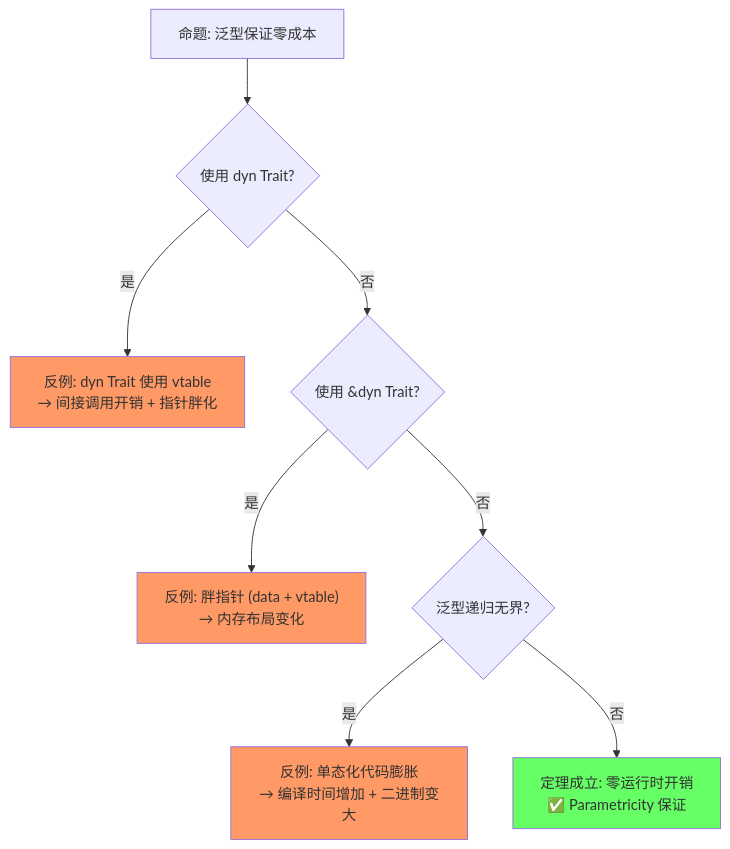
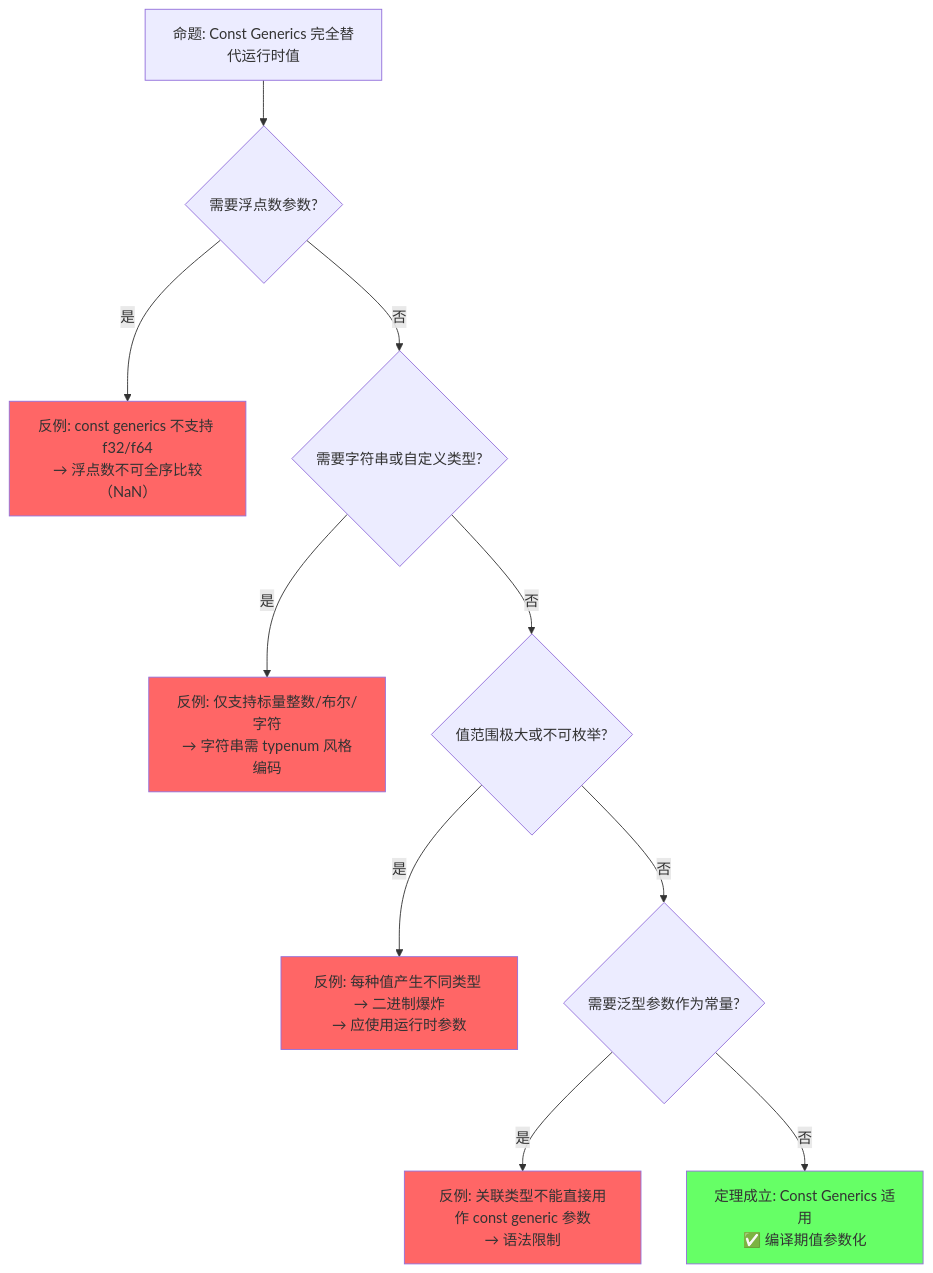
Before and after one commit to martin-ly/rust-lang: the fourth of 4 diagrams in concept/02_intermediate/02_generics.md, drawn with Mermaid. The commit also changed other lines of this file and 12 other files, not shown here.

````diff
--- a/concept/02_intermediate/02_generics.md
+++ b/concept/02_intermediate/02_generics.md
@@ -366,15 +407,18 @@
 ```mermaid
 graph TD
-    P["命题: 泛型保证零成本"] --> Q1{"使用 dyn Trait?"}
-    Q1 -->|是| F1["反例: dyn Trait 使用 vtable<br/>→ 间接调用开销 + 指针胖化"]
-    Q1 -->|否| Q2{"使用 &dyn Trait?"}
-    Q2 -->|是| F2["反例: 胖指针 (data + vtable)<br/>→ 内存布局变化"]
-    Q2 -->|否| Q3{"泛型递归无界?"}
-    Q3 -->|是| F3["反例: 单态化代码膨胀<br/>→ 编译时间增加 + 二进制变大"]
-    Q3 -->|否| T["定理成立: 零运行时开销<br/>✅ Parametricity 保证"]
+    P["命题: Const Generics 完全替代运行时值"] --> Q1{"需要浮点数参数?"}
+    Q1 -->|是| F1["反例: const generics 不支持 f32/f64<br/>→ 浮点数不可全序比较（NaN）"]
+    Q1 -->|否| Q2{"需要字符串或自定义类型?"}
+    Q2 -->|是| F2["反例: 仅支持标量整数/布尔/字符<br/>→ 字符串需 typenum 风格编码"]
+    Q2 -->|否| Q3{"值范围极大或不可枚举?"}
+    Q3 -->|是| F3["反例: 每种值产生不同类型 → 二进制爆炸<br/>→ 应使用运行时参数"]
+    Q3 -->|否| Q4{"需要泛型参数作为常量?"}
+    Q4 -->|是| F4["反例: 关联类型不能直接用作 const generic 参数<br/>→ 语法限制"]
+    Q4 -->|否| T1["定理成立: Const Generics 适用<br/>✅ 编译期值参数化"]
 
-    style F1 fill:#f96
-    style F2 fill:#f96
-    style F3 fill:#f96
-    style T fill:#6f6
+    style F1 fill:#f66
+    style F2 fill:#f66
+    style F3 fill:#f66
+    style F4 fill:#f66
+    style T1 fill:#6f6
 ```
````
